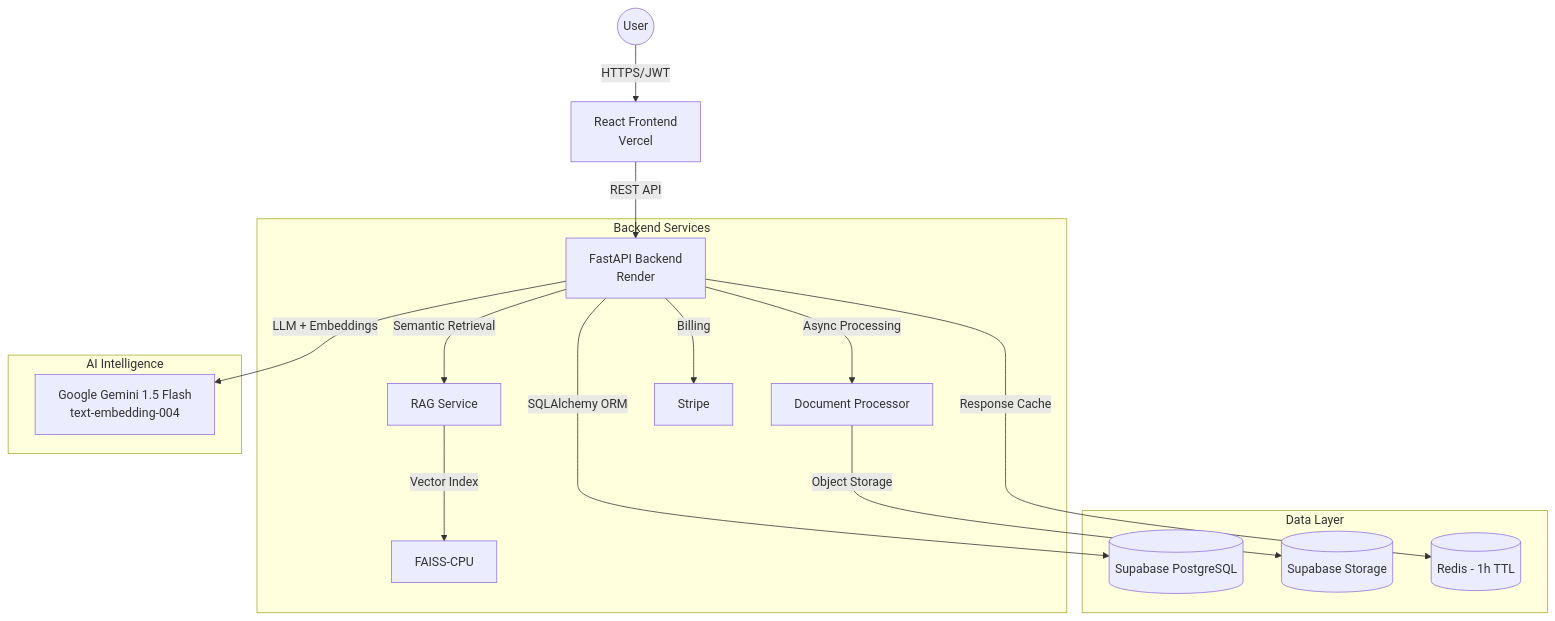
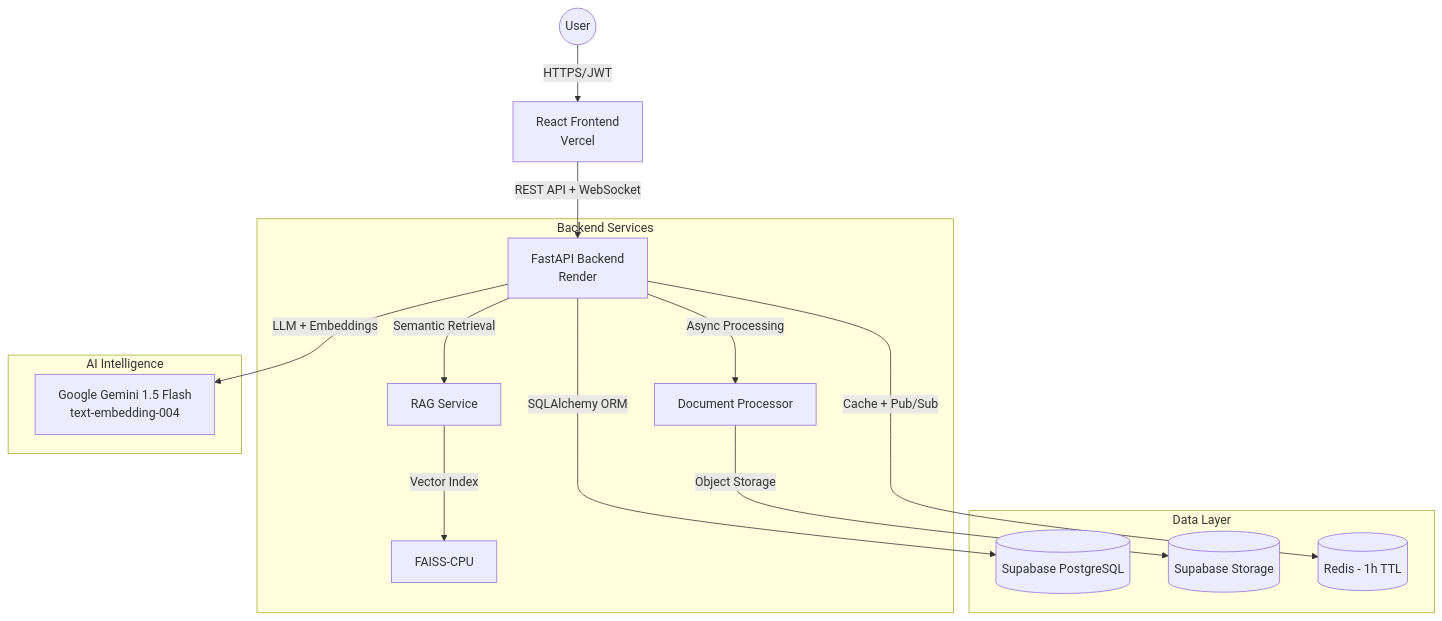
The diagram in README.md (salimtagemouati/documind), drawn with Mermaid before and after one commit. The commit also changed other lines of this file and 28 other files, not shown here.

````diff
--- a/README.md
+++ b/README.md
@@ -47,22 +47,21 @@
 ```mermaid
 graph TD
     User((User)) -->|HTTPS/JWT| FE[React Frontend\nVercel]
-    FE -->|REST API| BE[FastAPI Backend\nRender]
+    FE -->|REST API + WebSocket| BE[FastAPI Backend\nRender]
 
     subgraph "Backend Services"
         BE -->|Async Processing| DP[Document Processor]
         BE -->|Semantic Retrieval| RS[RAG Service]
-        BE -->|Billing| ST[Stripe]
         RS -->|Vector Index| FAISS[FAISS-CPU]
     end
 
     subgraph "Data Layer"
         BE -->|SQLAlchemy ORM| PG[(Supabase PostgreSQL)]
         DP -->|Object Storage| S3[(Supabase Storage)]
-        BE -->|Response Cache| RD[(Redis - 1h TTL)]
+        BE -->|Cache + Pub/Sub| RD[(Redis - 1h TTL)]
     end
 
     subgraph "AI Intelligence"
         BE -->|LLM + Embeddings| GM[Google Gemini 1.5 Flash\ntext-embedding-004]
     end
 ```
````
